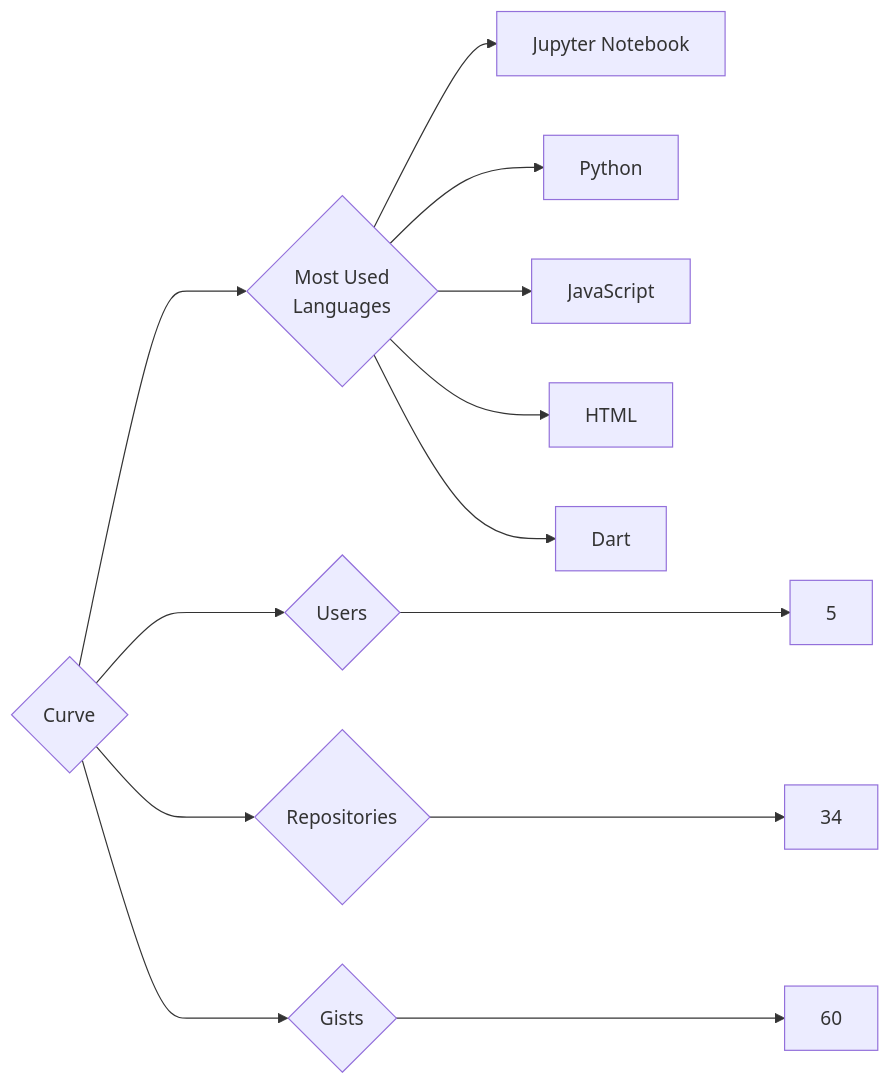
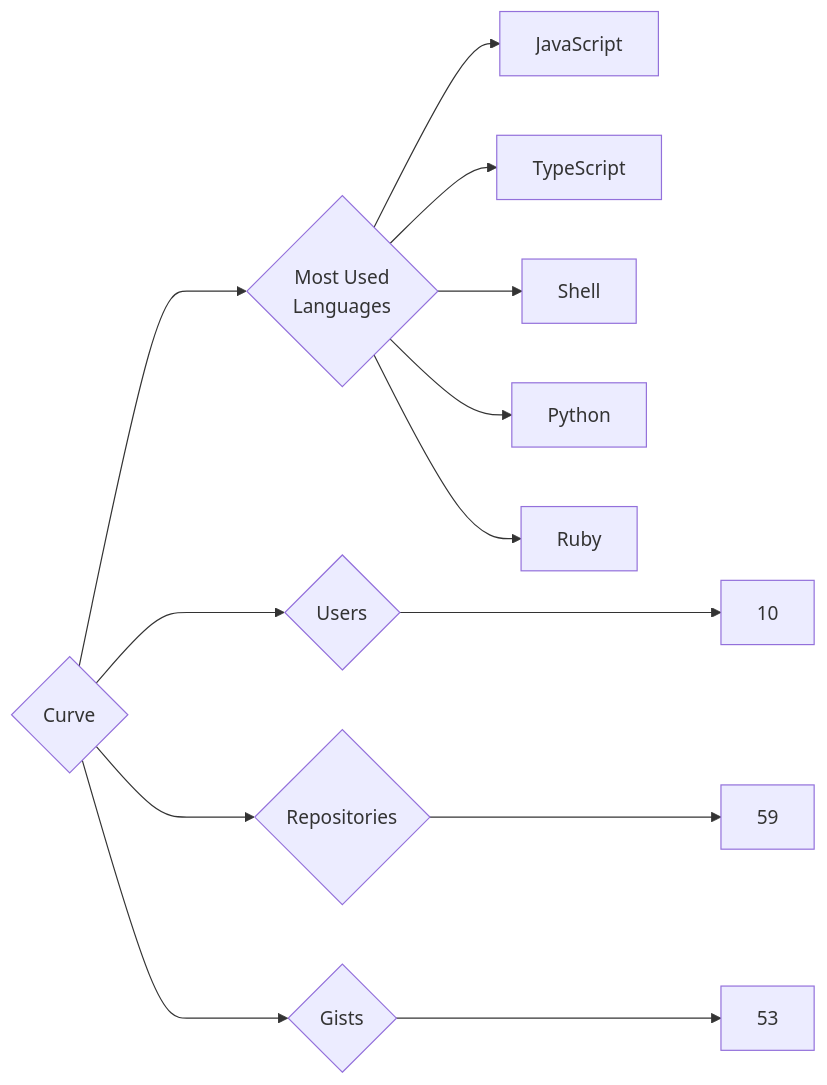
One commit to trickest/insiders changed the diagram in targets/Curve/README.md. Above: the diagram before and after it, drawn with Mermaid. The commit also changed 860 other files, not shown here.

````diff
--- a/targets/Curve/README.md
+++ b/targets/Curve/README.md
@@ -3,13 +3,13 @@
 ```mermaid
 graph LR
 COMPANY_NAME{Curve}
-COMPANY_NAME ---> U{Users} ---> UN[5]
-COMPANY_NAME ---> R{Repositories} ---> RN[34]
-COMPANY_NAME ---> G{Gists} ---> GN[60]
+COMPANY_NAME ---> U{Users} ---> UN[10]
+COMPANY_NAME ---> R{Repositories} ---> RN[59]
+COMPANY_NAME ---> G{Gists} ---> GN[53]
 COMPANY_NAME ---> ML{Most Used<br>Languages}
-ML --> Jupyter_Notebook[Jupyter Notebook]
+ML --> JavaScript[JavaScript]
+ML --> TypeScript[TypeScript]
+ML --> Shell[Shell]
 ML --> Python[Python]
-ML --> JavaScript[JavaScript]
-ML --> HTML[HTML]
-ML --> Dart[Dart]
+ML --> Ruby[Ruby]
 ```
````
